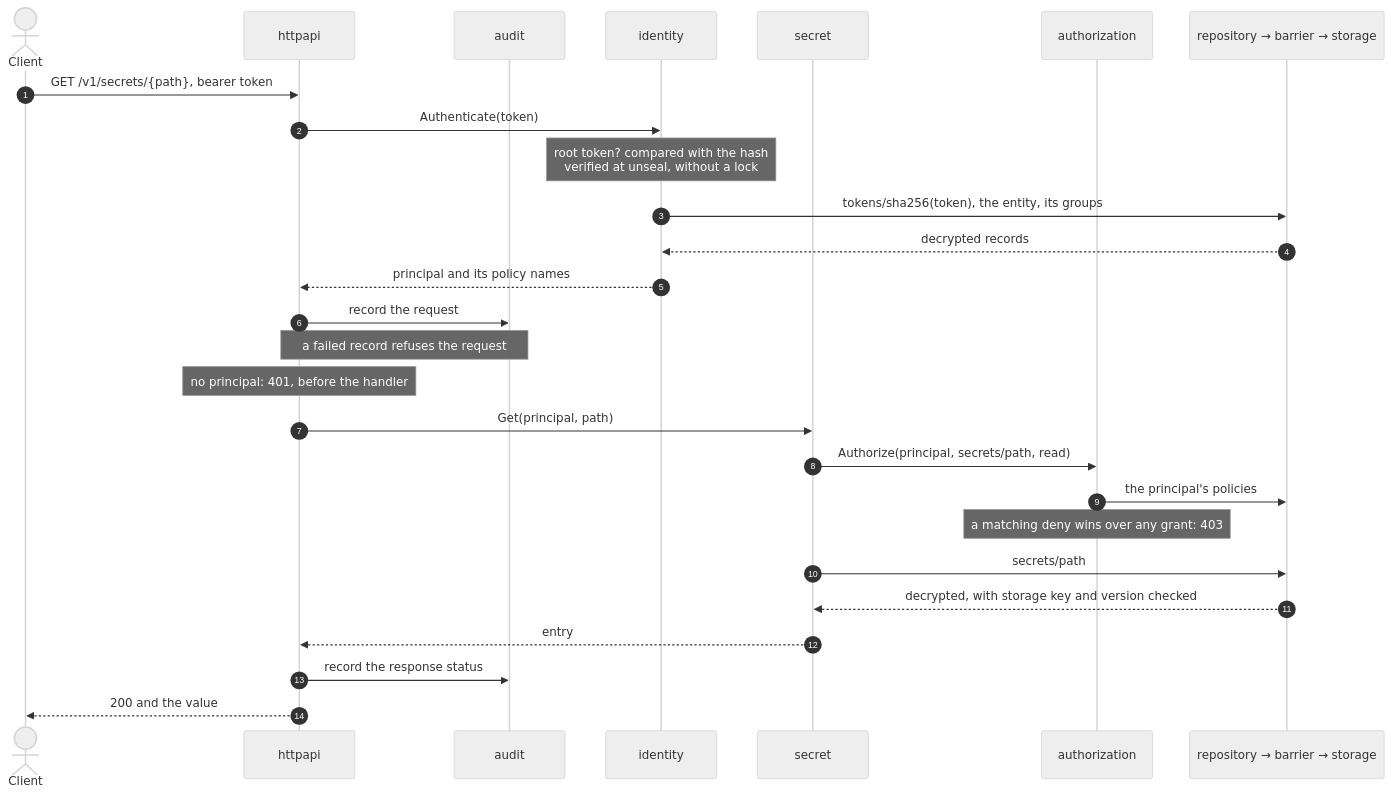
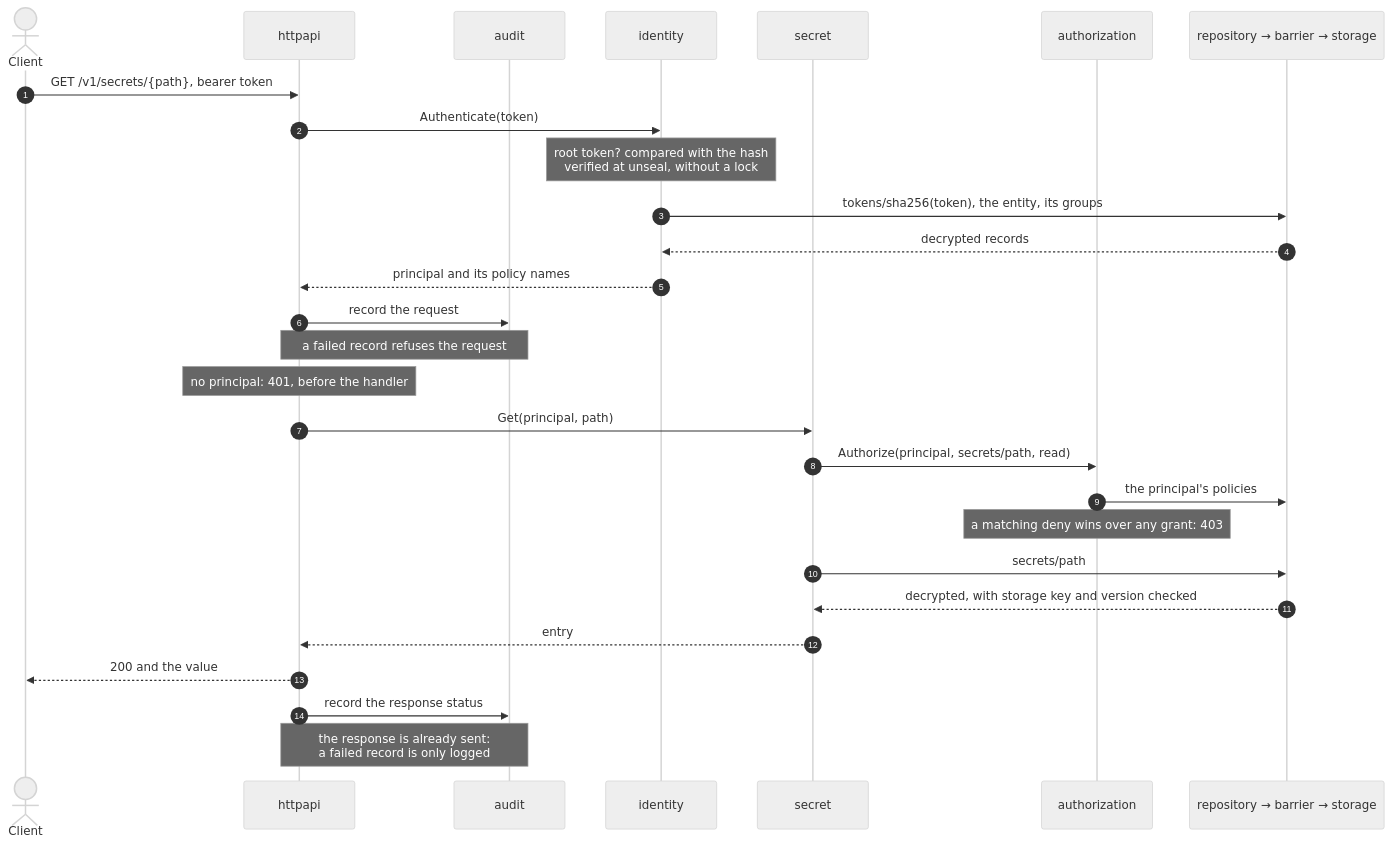
The fourth of 4 diagrams in README.md (DimitrijeG/seal-gate), drawn with Mermaid (neutral theme) before and after one commit. The commit also changed other lines of this file, not shown here.

Commit message:
docs(readme): correct barrier and request-flow claims

````diff
--- a/README.md
+++ b/README.md
@@ -188,30 +193,31 @@
 ```mermaid
 sequenceDiagram
     autonumber
     actor client as Client
     participant http as httpapi
     participant audit
     participant identity
     participant secret
     participant authz as authorization
     participant store as repository → barrier → storage
 
     client->>http: GET /v1/secrets/{path}, bearer token
     http->>identity: Authenticate(token)
     Note over identity: root token? compared with the hash<br/>verified at unseal, without a lock
     identity->>store: tokens/sha256(token), the entity, its groups
     store-->>identity: decrypted records
     identity-->>http: principal and its policy names
     http->>audit: record the request
     Note over http,audit: a failed record refuses the request
     Note over http: no principal: 401, before the handler
     http->>secret: Get(principal, path)
     secret->>authz: Authorize(principal, secrets/path, read)
     authz->>store: the principal's policies
     Note over authz: a matching deny wins over any grant: 403
     secret->>store: secrets/path
     store-->>secret: decrypted, with storage key and version checked
     secret-->>http: entry
+    http-->>client: 200 and the value
     http->>audit: record the response status
-    http-->>client: 200 and the value
+    Note over http,audit: the response is already sent:<br/>a failed record is only logged
 ```
````
